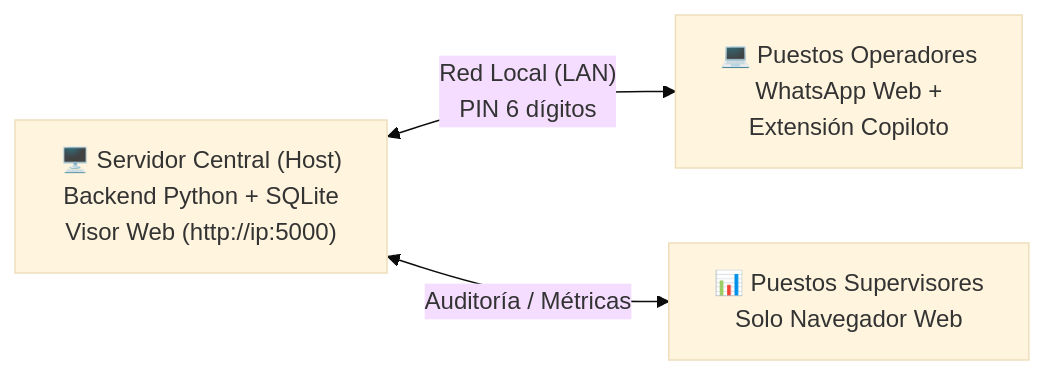
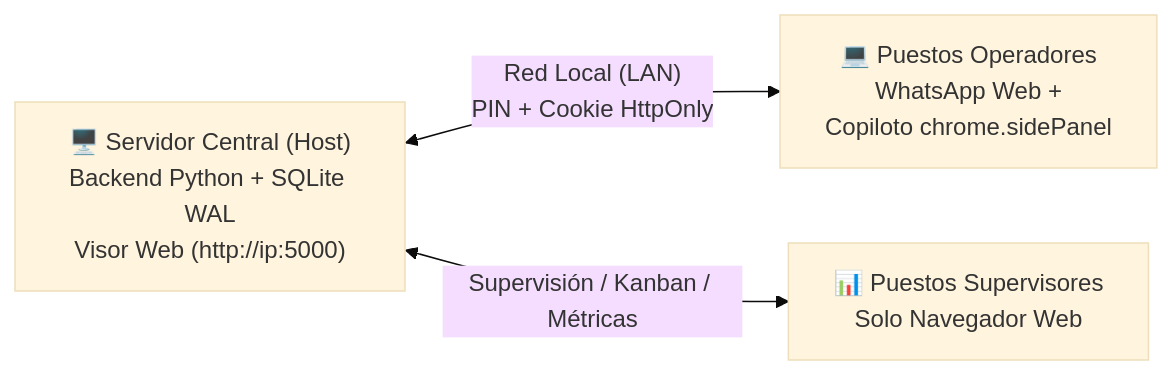
The diagram in README.md (dbonotti/wackup), drawn with Mermaid (base theme) before and after one commit. The commit also changed other lines of this file and 18 other files, not shown here.

````diff
--- a/README.md
+++ b/README.md
@@ -37,5 +49,5 @@
 ```mermaid
 flowchart LR
-    A["🖥️ Servidor Central (Host)\nBackend Python + SQLite\nVisor Web (http://ip:5000)"] <-->|"Red Local (LAN)\nPIN 6 dígitos"| B["💻 Puestos Operadores\nWhatsApp Web +\nExtensión Copiloto"]
-    A <-->|"Auditoría / Métricas"| C["📊 Puestos Supervisores\nSolo Navegador Web"]
+    A["🖥️ Servidor Central (Host)\nBackend Python + SQLite WAL\nVisor Web (http://ip:5000)"] <-->|"Red Local (LAN)\nPIN + Cookie HttpOnly"| B["💻 Puestos Operadores\nWhatsApp Web +\nCopiloto chrome.sidePanel"]
+    A <-->|"Supervisión / Kanban / Métricas"| C["📊 Puestos Supervisores\nSolo Navegador Web"]
 ```
````
